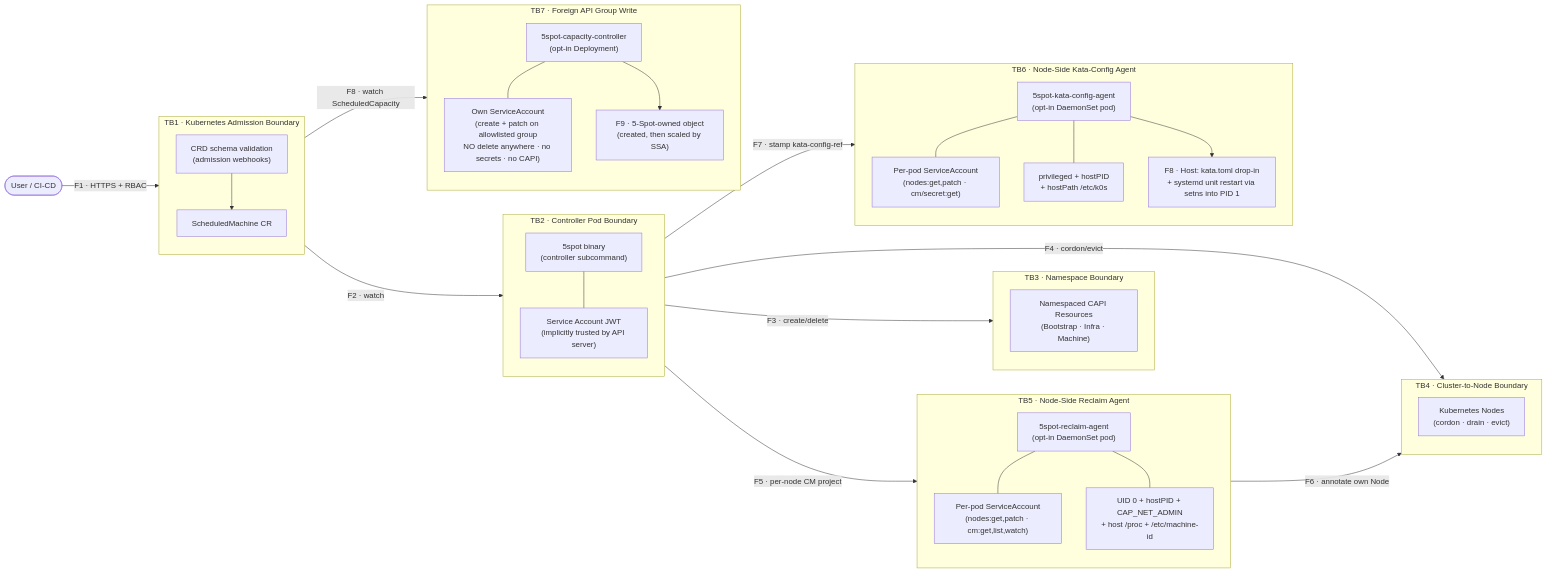
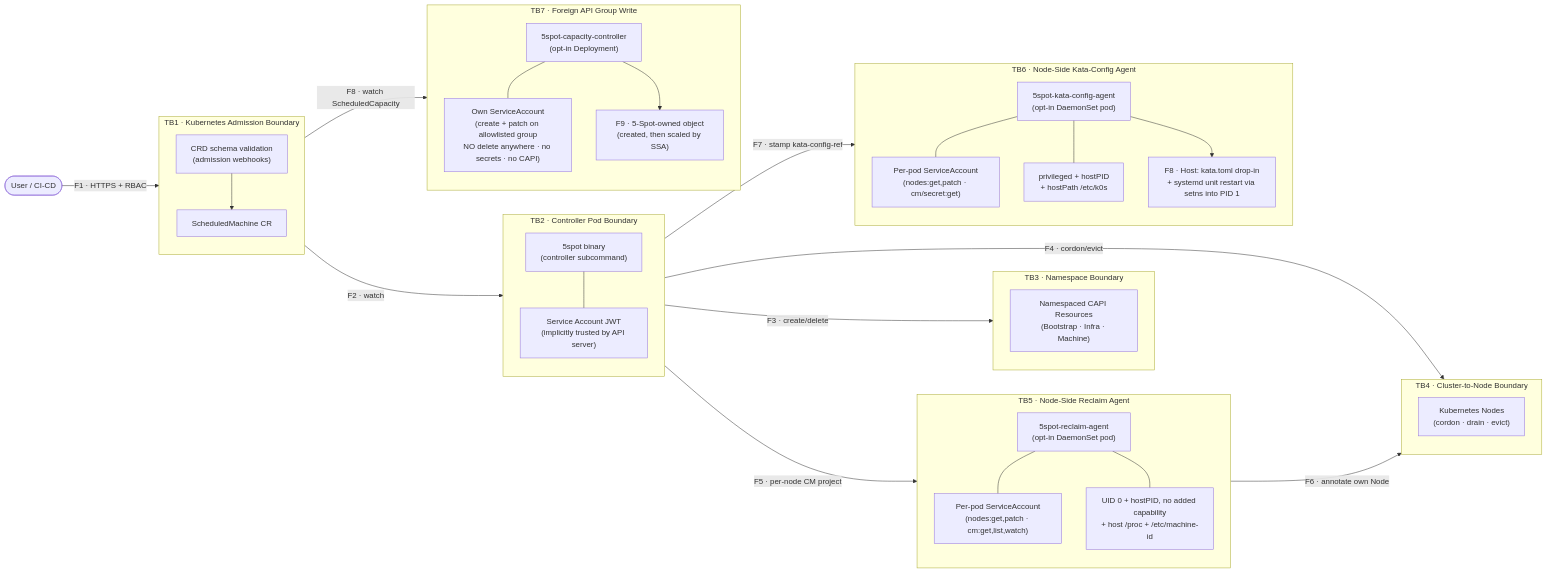
Before and after one commit to finos/5-spot: the second of 2 diagrams in docs/src/security/threat-model.md, drawn with Mermaid. The commit also changed other lines of this file and 43 other files, not shown here.

First line of the commit message:
fix: reclaim agent polls without NET_ADMIN (ADR 0021); capacity controller and both agents in the e2e tier (#201)

````diff
--- a/docs/src/security/threat-model.md
+++ b/docs/src/security/threat-model.md
@@ -230,66 +251,66 @@
 ```mermaid
 flowchart LR
     User(["User / CI-CD"])
 
     subgraph TB1["TB1 · Kubernetes Admission Boundary"]
         direction TB
         AW["CRD schema validation\n(admission webhooks)"]
         SM["ScheduledMachine CR"]
         AW --> SM
     end
 
     subgraph TB2["TB2 · Controller Pod Boundary"]
         direction TB
         Bin["5spot binary\n(controller subcommand)"]
         SA["Service Account JWT\n(implicitly trusted by API server)"]
         Bin --- SA
     end
 
     subgraph TB3["TB3 · Namespace Boundary"]
         direction TB
         NS["Namespaced CAPI Resources\n(Bootstrap · Infra · Machine)"]
     end
 
     subgraph TB4["TB4 · Cluster-to-Node Boundary"]
         direction TB
         Nodes["Kubernetes Nodes\n(cordon · drain · evict)"]
     end
 
     subgraph TB5["TB5 · Node-Side Reclaim Agent"]
         direction TB
         Agent["5spot-reclaim-agent\n(opt-in DaemonSet pod)"]
         AgentSA["Per-pod ServiceAccount\n(nodes:get,patch · cm:get,list,watch)"]
-        Caps["UID 0 + hostPID + CAP_NET_ADMIN\n+ host /proc + /etc/machine-id"]
+        Caps["UID 0 + hostPID, no added capability\n+ host /proc + /etc/machine-id"]
         Agent --- AgentSA
         Agent --- Caps
     end
 
     subgraph TB6["TB6 · Node-Side Kata-Config Agent"]
         direction TB
         KAgent["5spot-kata-config-agent\n(opt-in DaemonSet pod)"]
         KSA["Per-pod ServiceAccount\n(nodes:get,patch · cm/secret:get)"]
         KCaps["privileged + hostPID\n+ hostPath /etc/k0s"]
         KHost["F8 · Host: kata.toml drop-in\n+ systemd unit restart via setns into PID 1"]
         KAgent --- KSA
         KAgent --- KCaps
         KAgent --> KHost
     end
 
     subgraph TB7["TB7 · Foreign API Group Write"]
         direction TB
         CapCtl["5spot-capacity-controller\n(opt-in Deployment)"]
         CapSA["Own ServiceAccount\n(create + patch on allowlisted group\nNO delete anywhere · no secrets · no CAPI)"]
         Target["F9 · 5-Spot-owned object\n(created, then scaled by SSA)"]
         CapCtl --- CapSA
         CapCtl --> Target
     end
 
     User -->|"F1 · HTTPS + RBAC"| TB1
     TB1 -->|"F2 · watch"| TB2
     TB2 -->|"F3 · create/delete"| TB3
     TB2 -->|"F4 · cordon/evict"| TB4
     TB2 -->|"F5 · per-node CM project"| TB5
     TB5 -->|"F6 · annotate own Node"| TB4
     TB2 -->|"F7 · stamp kata-config-ref"| TB6
     TB1 -->|"F8 · watch ScheduledCapacity"| TB7
 ```
````
